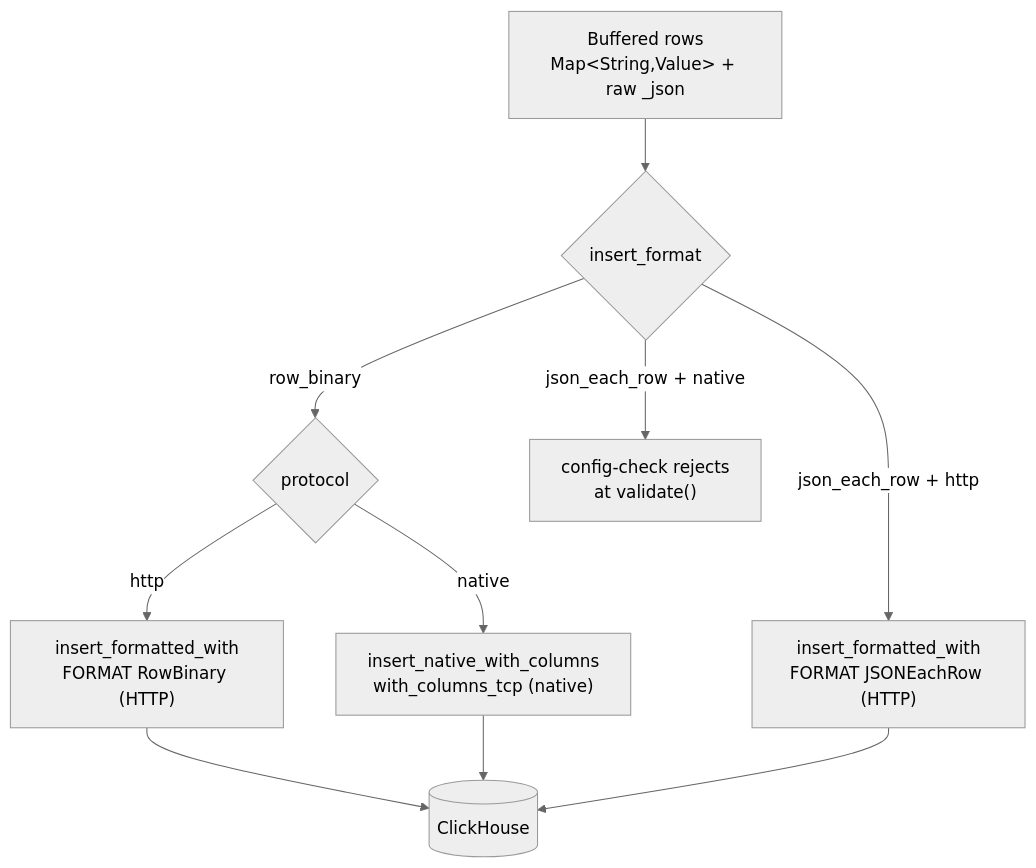
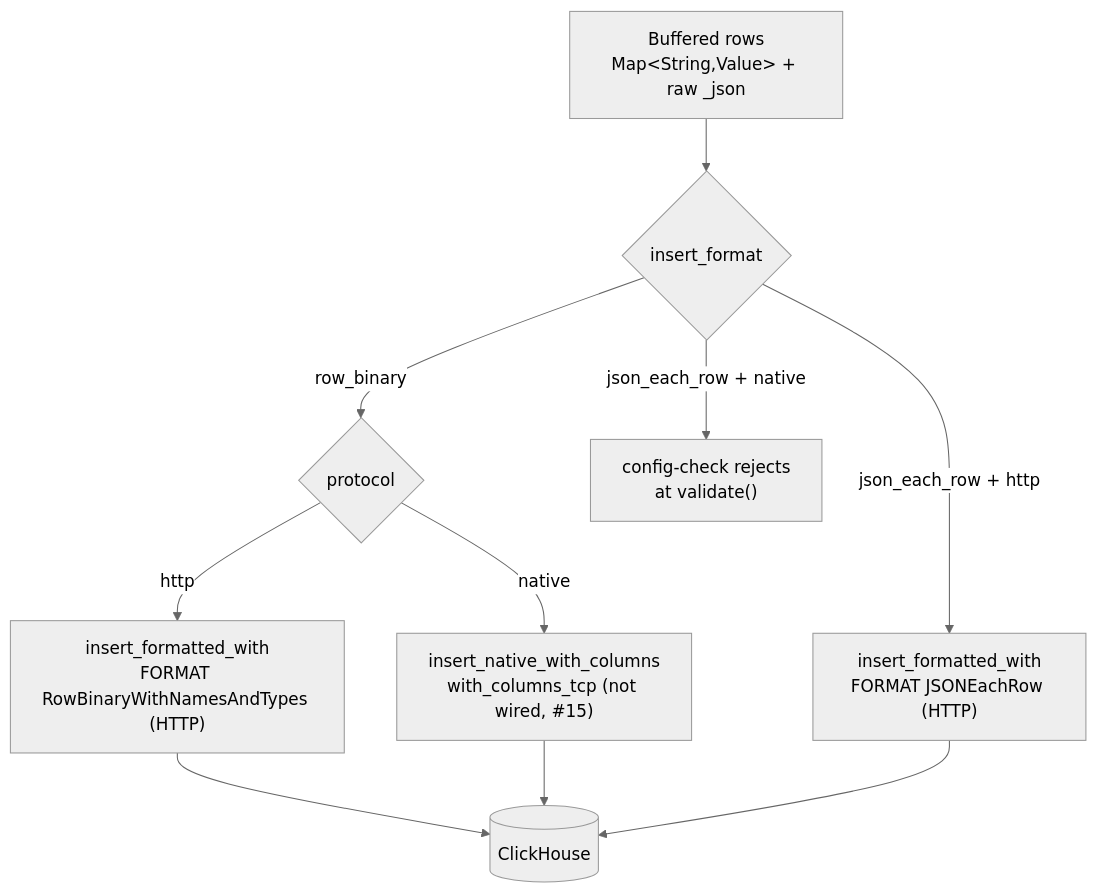
The diagram in docs/clickhouse/INSERT-FORMATS.md (hyperi-io/dfe-loader), drawn with Mermaid (neutral theme) before and after one commit. The commit also changed other lines of this file and 56 other files, not shown here.

````diff
--- a/docs/clickhouse/INSERT-FORMATS.md
+++ b/docs/clickhouse/INSERT-FORMATS.md
@@ -22,18 +23,18 @@
 ```mermaid
 flowchart TB
     ROW["Buffered rows<br/>Map&lt;String,Value&gt; + raw _json"]
     F{"insert_format"}
     T{"protocol"}
-    RBH["insert_formatted_with<br/>FORMAT RowBinary (HTTP)"]
-    RBT["insert_native_with_columns<br/>with_columns_tcp (native)"]
+    RBH["insert_formatted_with<br/>FORMAT RowBinaryWithNamesAndTypes (HTTP)"]
+    RBT["insert_native_with_columns<br/>with_columns_tcp (not wired, #15)"]
     JE["insert_formatted_with<br/>FORMAT JSONEachRow (HTTP)"]
     REJ["config-check rejects<br/>at validate()"]
     CH[("ClickHouse")]
 
     ROW --> F
     F -->|row_binary| T
     T -->|http| RBH --> CH
     T -->|native| RBT --> CH
     F -->|json_each_row + http| JE --> CH
     F -->|json_each_row + native| REJ
 ```
````
